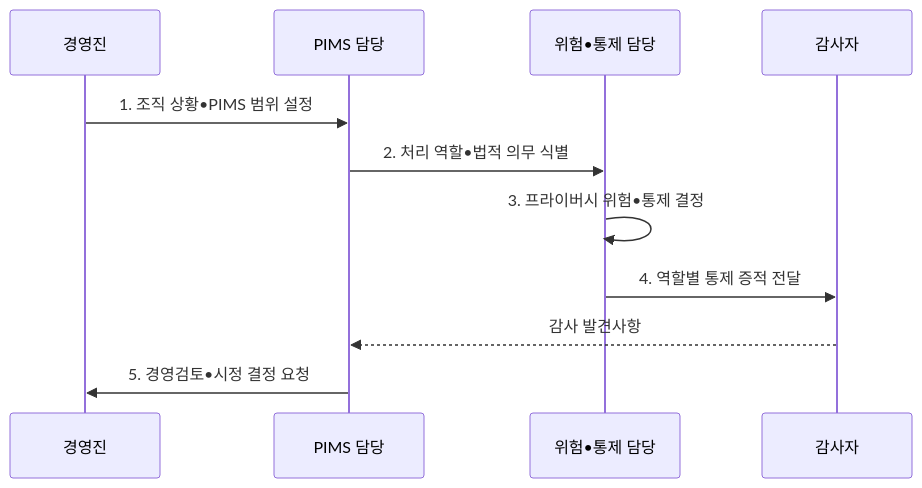
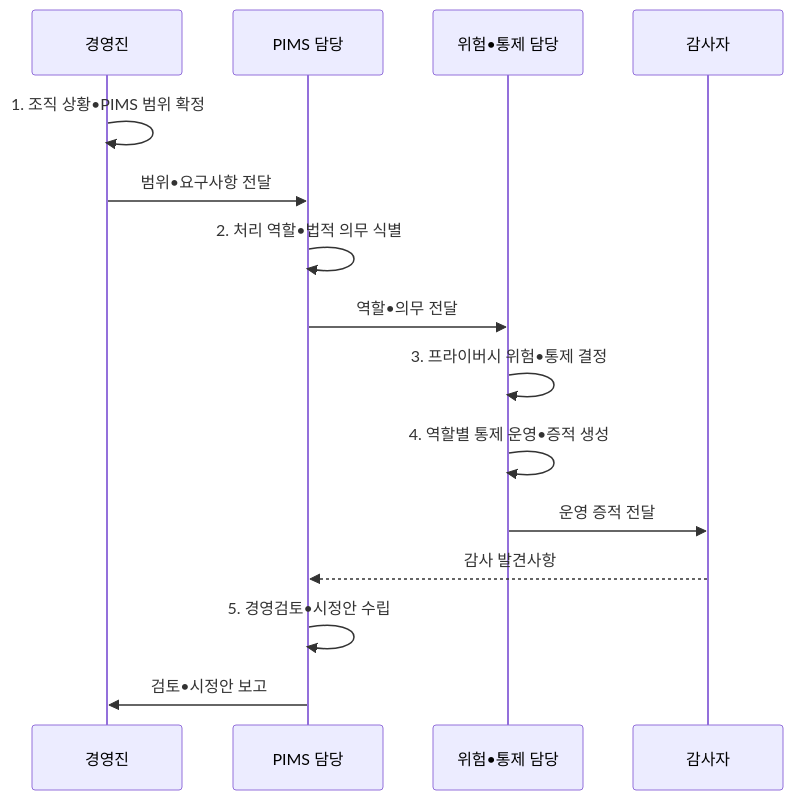
Before and after one commit to agnusdei1207/knowledge-base: the second of 2 diagrams in src/content/docs/notes/05-security/107_iso_27701.md, drawn with Mermaid. The commit also changed other lines of this file and 20 other files, not shown here.

````diff
--- a/src/content/docs/notes/05-security/107_iso_27701.md
+++ b/src/content/docs/notes/05-security/107_iso_27701.md
@@ -108,13 +108,17 @@
 ```mermaid
 sequenceDiagram
   participant O as 경영진
   participant P as PIMS 담당
   participant C as 위험•통제 담당
   participant A as 감사자
-  O->>P: 1. 조직 상황•PIMS 범위 설정
-  P->>C: 2. 처리 역할•법적 의무 식별
+  O->>O: 1. 조직 상황•PIMS 범위 확정
+  O->>P: 범위•요구사항 전달
+  P->>P: 2. 처리 역할•법적 의무 식별
+  P->>C: 역할•의무 전달
   C->>C: 3. 프라이버시 위험•통제 결정
-  C->>A: 4. 역할별 통제 증적 전달
+  C->>C: 4. 역할별 통제 운영•증적 생성
+  C->>A: 운영 증적 전달
   A-->>P: 감사 발견사항
-  P->>O: 5. 경영검토•시정 결정 요청
+  P->>P: 5. 경영검토•시정안 수립
+  P->>O: 검토•시정안 보고
 ```
````
